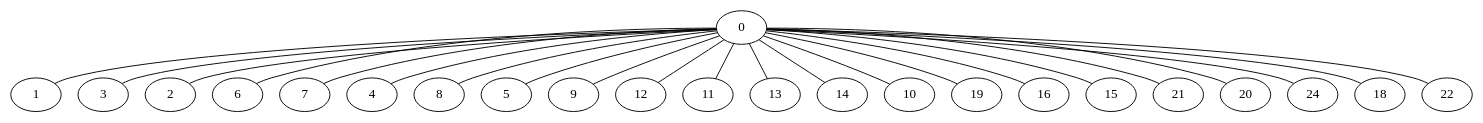
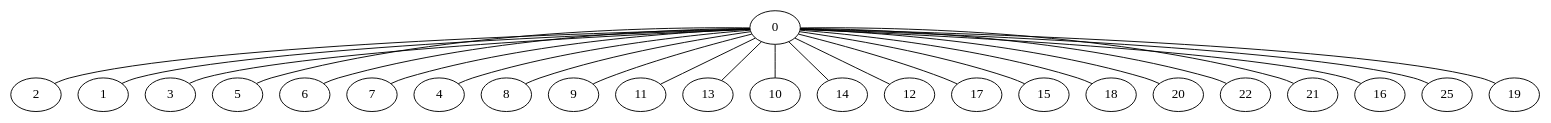
Before and after one commit to JulioHaro93/GraphsModels: the diagram in BFS_DFS/erdoschicoDFS.gv, drawn with Graphviz. The commit also changed 17 other files, not shown here.

```diff
--- a/BFS_DFS/erdoschicoDFS.gv
+++ b/BFS_DFS/erdoschicoDFS.gv
@@ -1,24 +1,25 @@
 graph G {
+  0 -- 2;
   0 -- 1;
   0 -- 3;
-  0 -- 2;
+  0 -- 5;
   0 -- 6;
   0 -- 7;
   0 -- 4;
   0 -- 8;
-  0 -- 5;
   0 -- 9;
-  0 -- 12;
   0 -- 11;
   0 -- 13;
+  0 -- 10;
   0 -- 14;
-  0 -- 10;
+  0 -- 12;
+  0 -- 17;
+  0 -- 15;
+  0 -- 18;
+  0 -- 20;
+  0 -- 22;
+  0 -- 21;
+  0 -- 16;
+  0 -- 25;
   0 -- 19;
-  0 -- 16;
-  0 -- 15;
-  0 -- 21;
-  0 -- 20;
-  0 -- 24;
-  0 -- 18;
-  0 -- 22;
 }
```
